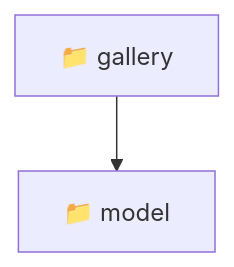
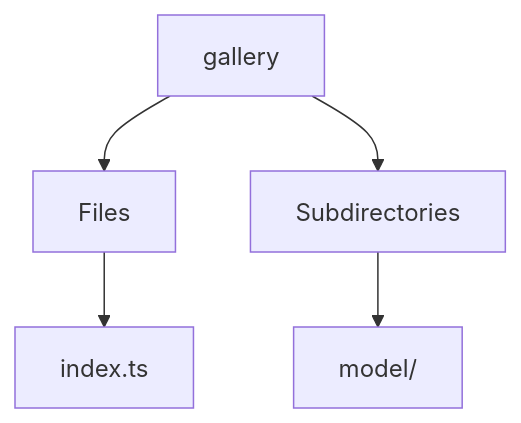
Before and after one commit to beginwebdev2002/fullstack-mavluda: the diagram in frontend/src/features/gallery/README.md, drawn with Mermaid. The commit also changed other lines of this file and 167 other files, not shown here.

````diff
--- a/frontend/src/features/gallery/README.md
+++ b/frontend/src/features/gallery/README.md
@@ -11,5 +14,7 @@
 ```mermaid
 graph TD
-  gallery["📁 gallery"]
-  gallery --> model["📁 model"]
+  gallery --> Files
+  Files --> index_ts[index.ts]
+  gallery --> Subdirectories
+  Subdirectories --> model[model/]
 ```
````
